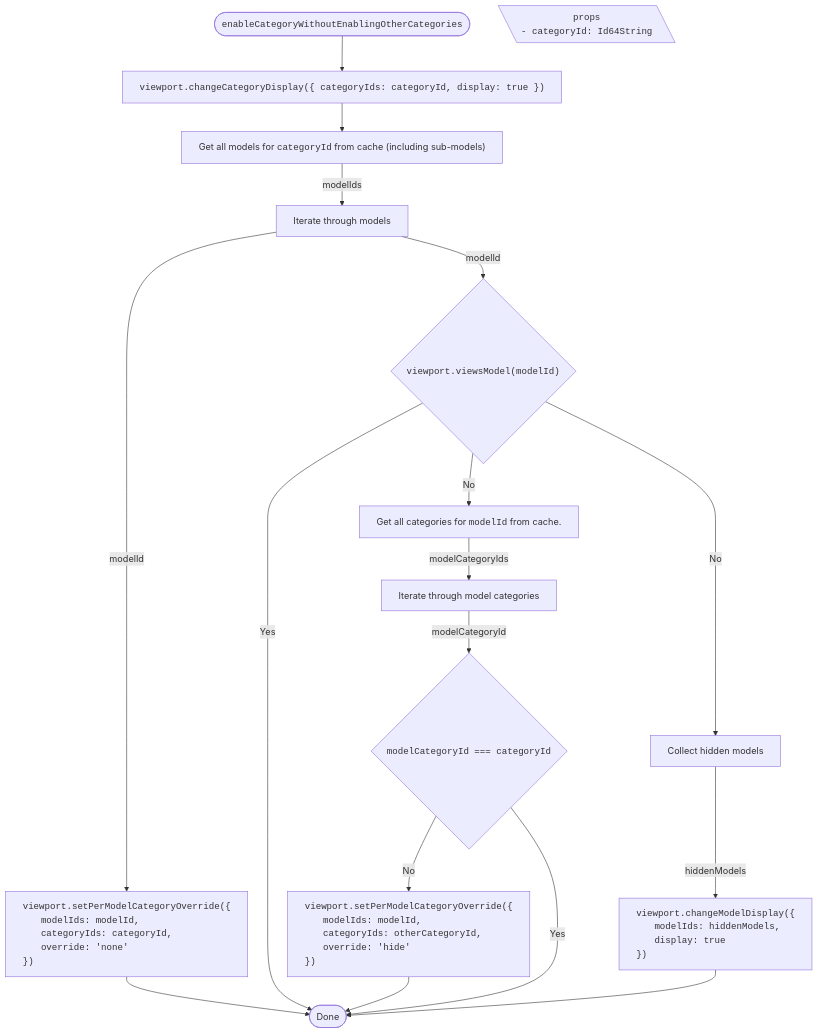
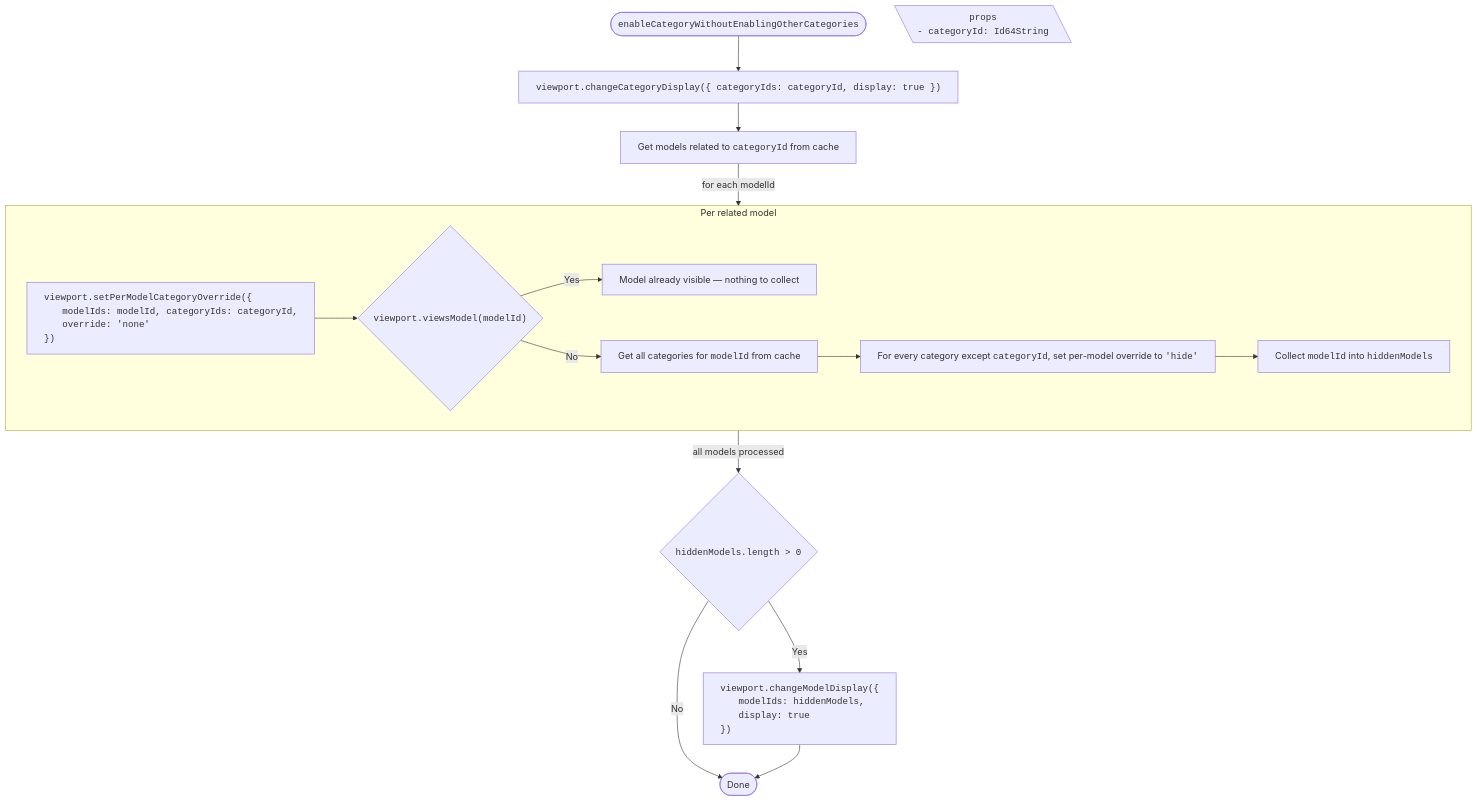
Before and after one commit to iTwin/viewer-components-react: the fifth of 6 diagrams in packages/itwin/tree-widget/docs/CategoriesTreeVisibilityHandling.md, drawn with Mermaid. The commit also changed other lines of this file and 4 other files, not shown here.

Commit message:
[Tree widget]: update mermaid diagrams on `next`

````diff
--- a/packages/itwin/tree-widget/docs/CategoriesTreeVisibilityHandling.md
+++ b/packages/itwin/tree-widget/docs/CategoriesTreeVisibilityHandling.md
@@ -140,48 +186,41 @@
 ```mermaid
 ---
 config:
   flowchart:
     wrappingWidth: 750
     useMaxWidth: false
 ---
 
 flowchart TD
   RESULT_Done([Done])
 
   %% Start
   TITLE(["<span style='font-family: monospace;'>enableCategoryWithoutEnablingOtherCategories</span>"]) --> A["<span style='font-family: monospace;'>viewport.changeCategoryDisplay({ categoryIds: categoryId, display: true })</span>"]
 
   PROPS[\"
     <span style='font-family: monospace;'>props</span>
     <span style='display: block; text-align: left; font-family: monospace;'>- categoryId: Id64String</span>
   "\]
 
-  A --> B["Get all models for <span style='font-family: monospace;'>categoryId</span> from cache (including sub-models)"]
-  B -- modelIds --> C["Iterate through models"]
-  C -- modelId --> D1["<div style='text-align: left; font-family: monospace;'>viewport.setPerModelCategoryOverride({
-    <span style='padding-left: 2rem;'>modelIds: modelId,</span>
-    <span style='padding-left: 2rem;'>categoryIds: categoryId,</span>
+  A --> B["Get models related to <span style='font-family: monospace;'>categoryId</span> from cache"]
+  B -- "for each modelId" --> SUB
+
+  subgraph SUB["Per related model"]
+    C["<div style='text-align: left; font-family: monospace;'>viewport.setPerModelCategoryOverride({
+    <span style='padding-left: 2rem;'>modelIds: modelId, categoryIds: categoryId,</span>
     <span style='padding-left: 2rem;'>override: 'none'</span>
-    })</div>"]
-  C -- modelId --> D2{"<span style='font-family: monospace;'>viewport.viewsModel(modelId)</span>"}
+    })</div>"] --> D{"<span style='font-family: monospace;'>viewport.viewsModel(modelId)</span>"}
+    D -- Yes --> D1["Model already visible — nothing to collect"]
+    D -- No --> E["Get all categories for <span style='font-family: monospace;'>modelId</span> from cache"]
+    E --> F["For every category except <span style='font-family: monospace;'>categoryId</span>, set per-model override to <span style='font-family: monospace;'>'hide'</span>"]
+    F --> G["Collect <span style='font-family: monospace;'>modelId</span> into <span style='font-family: monospace;'>hiddenModels</span>"]
+  end
 
-  D1 --> RESULT_Done
-
-  D2 -- Yes --> RESULT_Done
-  D2 -- No --> E1["Get all categories for <span style='font-family: monospace;'>modelId</span> from cache."]
-  D2 -- No --> E2["Collect hidden models"]
-  E1 -- modelCategoryIds --> F["Iterate through model categories"]
-  F -- modelCategoryId --> G{"<span style='font-family: monospace;'>modelCategoryId === categoryId </span>"}
-  G -- No --> G1["<div style='text-align: left; font-family: monospace;'>viewport.setPerModelCategoryOverride({
-    <span style='padding-left: 2rem;'>modelIds: modelId,</span>
-    <span style='padding-left: 2rem;'>categoryIds: otherCategoryId,</span>
-    <span style='padding-left: 2rem;'>override: 'hide'</span>
-    })</div>"]
-    G1 --> RESULT_Done
-  G -- Yes --> RESULT_Done
-  E2 -- hiddenModels --> H["<div style='text-align: left; font-family: monospace;'>viewport.changeModelDisplay({
+  SUB -- "all models processed" --> H{"<span style='font-family: monospace;'>hiddenModels.length > 0</span>"}
+  H -- Yes --> H1["<div style='text-align: left; font-family: monospace;'>viewport.changeModelDisplay({
     <span style='padding-left: 2rem;'>modelIds: hiddenModels,</span>
     <span style='padding-left: 2rem;'>display: true</span>
     })</div>"]
-  H --> RESULT_Done
+  H -- No --> RESULT_Done
+  H1 --> RESULT_Done
 ```
````
